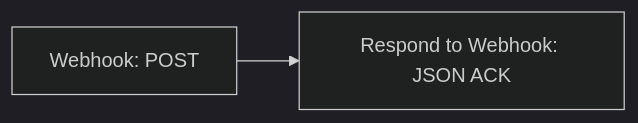
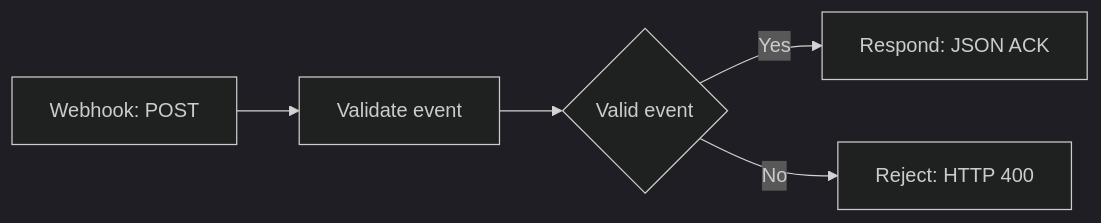
One commit to andre487/AndroidMessage487 changed the diagram in docs/en/n8n-self-hosted.md. Above: the diagram before and after it, drawn with Mermaid (dark theme). The commit also changed other lines of this file and 60 other files, not shown here.

````diff
--- a/docs/en/n8n-self-hosted.md
+++ b/docs/en/n8n-self-hosted.md
@@ -33,4 +35,7 @@
 ```mermaid
 flowchart LR
-    W[Webhook: POST] --> R[Respond to Webhook: JSON ACK]
+    W[Webhook: POST] --> V[Validate event]
+    V --> I{Valid event}
+    I -->|Yes| R[Respond: JSON ACK]
+    I -->|No| E[Reject: HTTP 400]
 ```
````
